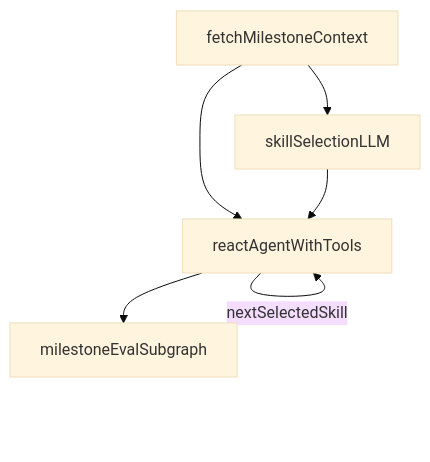
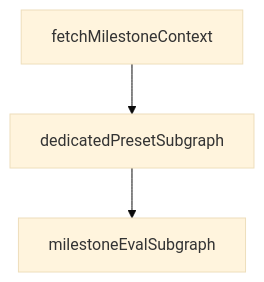
One commit to daniel-dihardja/menuyukti changed the second of 2 diagrams in ARCHITECTURE.md. Above: the diagram before and after it, drawn with Mermaid (base theme). The commit also changed other lines of this file and 12 other files, not shown here.

````diff
--- a/ARCHITECTURE.md
+++ b/ARCHITECTURE.md
@@ -59,12 +58,8 @@
 ```mermaid
 flowchart TD
   fetchChildren[fetchMilestoneContext]
-  selectSkills[skillSelectionLLM]
-  executeSkill[reactAgentWithTools]
+  executePreset[dedicatedPresetSubgraph]
   finalizeEval[milestoneEvalSubgraph]
-  fetchChildren --> selectSkills
-  fetchChildren --> executeSkill
-  selectSkills --> executeSkill
-  executeSkill -->|nextSelectedSkill| executeSkill
-  executeSkill --> finalizeEval
+  fetchChildren --> executePreset
+  executePreset --> finalizeEval
 ```
````
